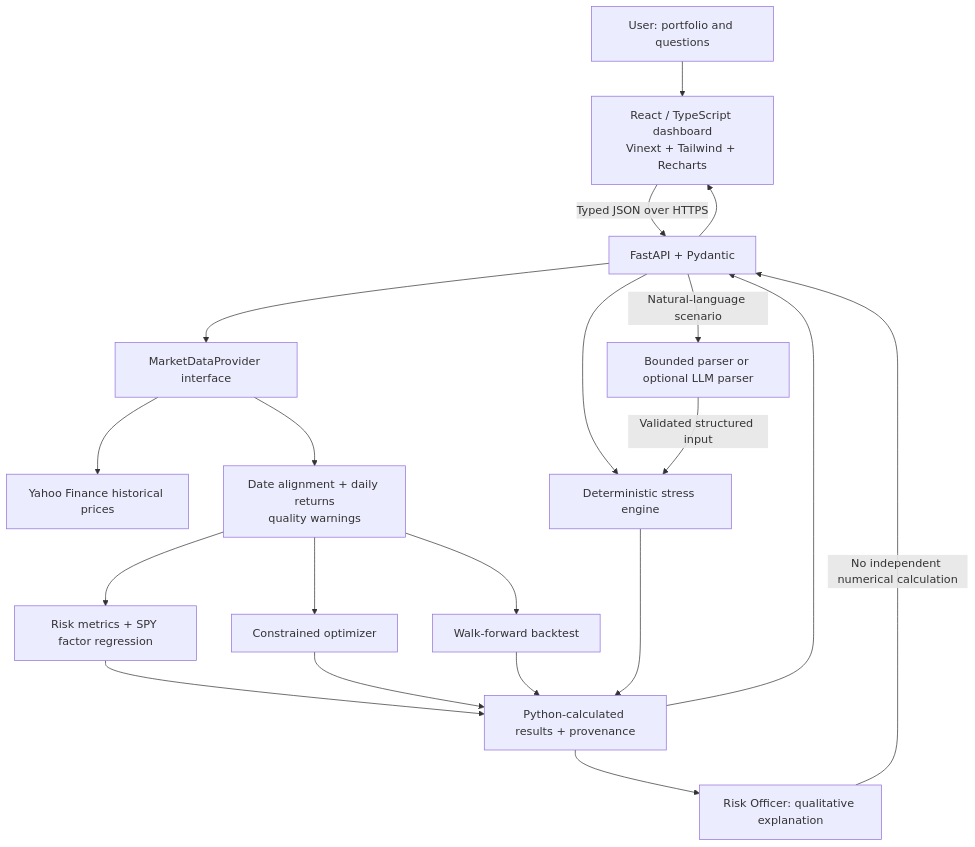
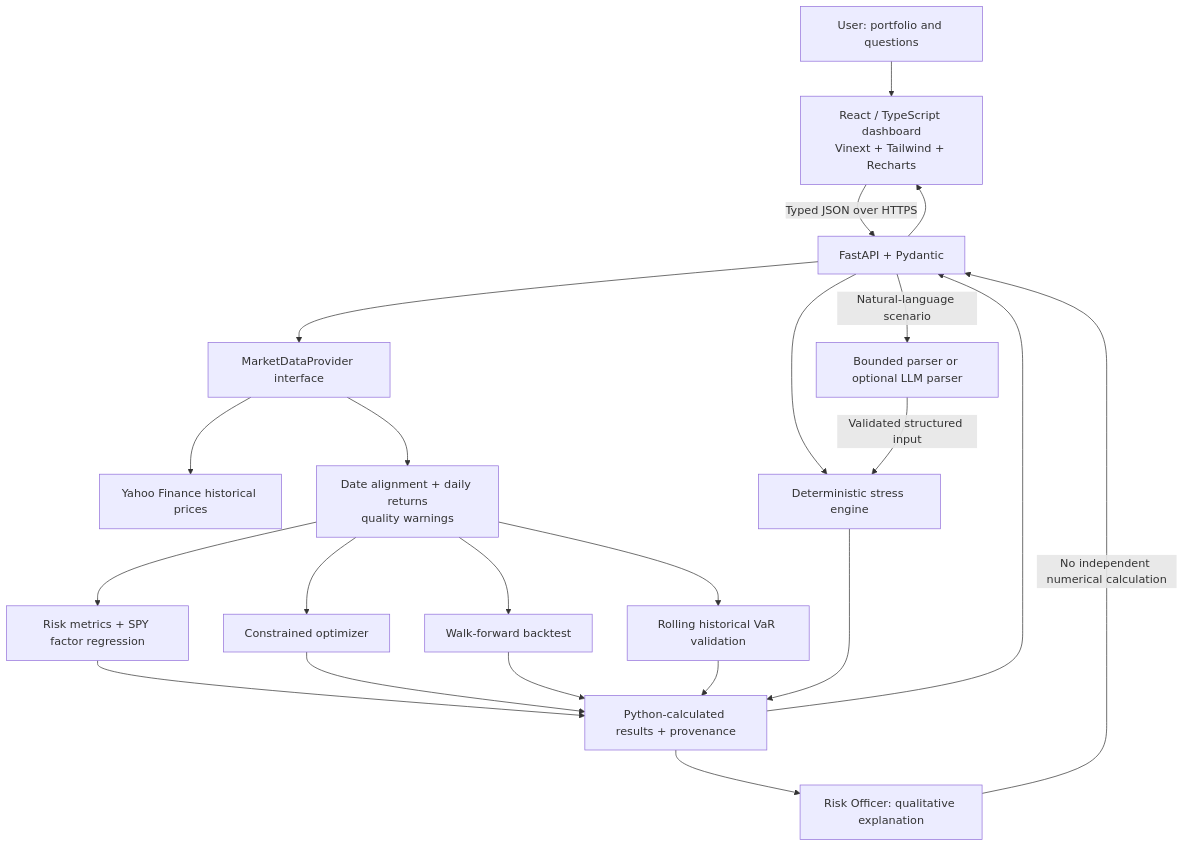
Before and after one commit to TianLu-hub/RiskLens: the first of 3 diagrams in README.md, drawn with Mermaid. The commit also changed other lines of this file and 15 other files, not shown here.

Commit message:
Add rolling historical VaR validation with bilingual breach audit

````diff
--- a/README.md
+++ b/README.md
@@ -34,22 +35,24 @@
 ```mermaid
 flowchart TB
     USER[User: portfolio and questions] --> UI[React / TypeScript dashboard<br/>Vinext + Tailwind + Recharts]
     UI -->|Typed JSON over HTTPS| API[FastAPI + Pydantic]
     API --> DATA[MarketDataProvider interface]
     DATA --> YF[Yahoo Finance historical prices]
     DATA --> ALIGN[Date alignment + daily returns<br/>quality warnings]
     ALIGN --> RISK[Risk metrics + SPY factor regression]
     ALIGN --> OPT[Constrained optimizer]
     ALIGN --> BACK[Walk-forward backtest]
+    ALIGN --> VAR[Rolling historical VaR validation]
     API --> STRESS[Deterministic stress engine]
     API -->|Natural-language scenario| PARSER[Bounded parser or optional LLM parser]
     PARSER -->|Validated structured input| STRESS
     RISK --> RESULTS[Python-calculated results + provenance]
     OPT --> RESULTS
     BACK --> RESULTS
+    VAR --> RESULTS
     STRESS --> RESULTS
     RESULTS --> OFFICER[Risk Officer: qualitative explanation]
     OFFICER -->|No independent numerical calculation| API
     RESULTS --> API
     API --> UI
 ```
````
